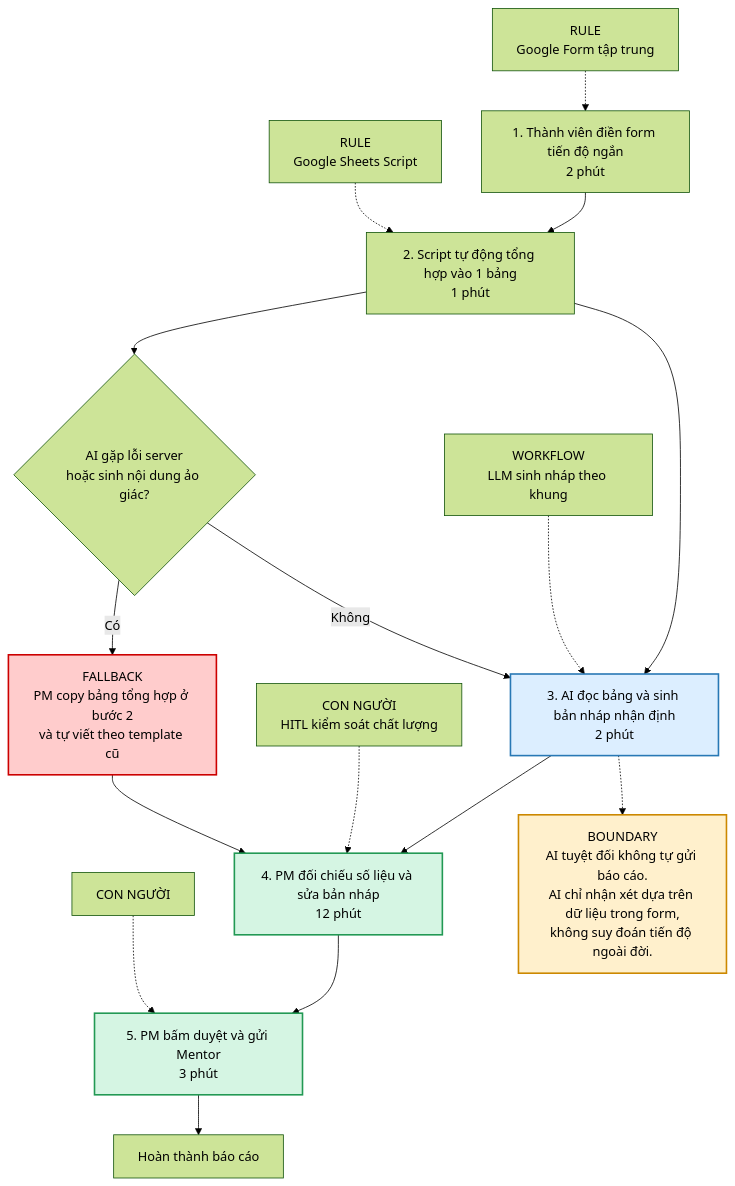
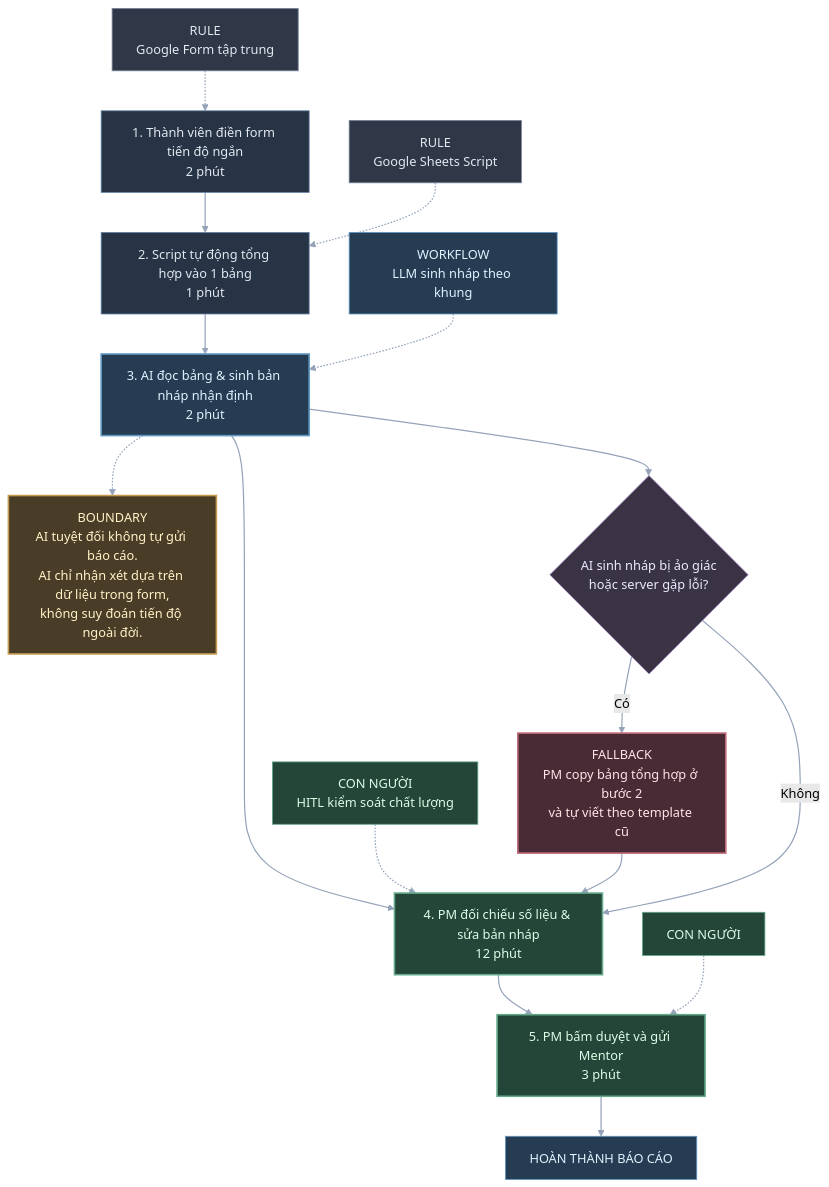
One commit to VinUni-AI20k/K5-L3-Day02-DiscoveryProblemFraming changed the second of 2 diagrams in report/team/group_report.md. Above: the diagram before and after it, drawn with Mermaid (forest theme). The commit also changed other lines of this file, not shown here.

Commit message:
Update group_report.md-mermaid

````diff
--- a/report/team/group_report.md
+++ b/report/team/group_report.md
@@ -173,33 +185,49 @@
 ```mermaid
 flowchart TD
     A["1. Thành viên điền form tiến độ ngắn<br/>2 phút"]
     --> B["2. Script tự động tổng hợp vào 1 bảng<br/>1 phút"]
 
-    B --> C["3. AI đọc bảng và sinh bản nháp nhận định<br/>2 phút"]
+    B --> C["3. AI đọc bảng & sinh bản nháp nhận định<br/>2 phút"]
 
-    C --> D["4. PM đối chiếu số liệu và sửa bản nháp<br/>12 phút"]
+    C --> D["4. PM đối chiếu số liệu & sửa bản nháp<br/>12 phút"]
 
     D --> E["5. PM bấm duyệt và gửi Mentor<br/>3 phút"]
 
-    F["RULE<br/>Google Form tập trung"] -.-> A
-    G["RULE<br/>Google Sheets Script"] -.-> B
-    H["WORKFLOW<br/>LLM sinh nháp theo khung"] -.-> C
-    I["CON NGƯỜI<br/>HITL kiểm soát chất lượng"] -.-> D
-    J["CON NGƯỜI"] -.-> E
-
-    E --> K["Hoàn thành báo cáo"]
+    R1["RULE<br/>Google Form tập trung"] -.-> A
+    R2["RULE<br/>Google Sheets Script"] -.-> B
+    R3["WORKFLOW<br/>LLM sinh nháp theo khung"] -.-> C
+    R4["CON NGƯỜI<br/>HITL kiểm soát chất lượng"] -.-> D
+    R5["CON NGƯỜI"] -.-> E
 
     L["BOUNDARY<br/>AI tuyệt đối không tự gửi báo cáo.<br/>AI chỉ nhận xét dựa trên dữ liệu trong form,<br/>không suy đoán tiến độ ngoài đời."]
+
     C -.-> L
 
-    B --> M{"AI gặp lỗi server<br/>hoặc sinh nội dung ảo giác?"}
+    M{"AI sinh nháp bị ảo giác<br/>hoặc server gặp lỗi?"}
+    C --> M
+
     M -->|Có| N["FALLBACK<br/>PM copy bảng tổng hợp ở bước 2<br/>và tự viết theo template cũ"]
     N --> D
-    M -->|Không| C
 
-    style C fill:#dceeff,stroke:#2878b5,stroke-width:2px
-    style D fill:#d5f5e3,stroke:#229954,stroke-width:2px
-    style E fill:#d5f5e3,stroke:#229954,stroke-width:2px
-    style L fill:#fff0cc,stroke:#cc8800,stroke-width:2px
-    style N fill:#ffcccc,stroke:#cc0000,stroke-width:2px
+    M -->|Không| D
+
+    K["HOÀN THÀNH BÁO CÁO"]
+    E --> K
+
+    style A fill:#263445,stroke:#6685a6,color:#e2e8f0
+    style B fill:#263445,stroke:#6685a6,color:#e2e8f0
+    style C fill:#263c52,stroke:#6098c5,color:#e0f2fe,stroke-width:2px
+    style D fill:#244638,stroke:#63a889,color:#dcfce7,stroke-width:2px
+    style E fill:#244638,stroke:#63a889,color:#dcfce7,stroke-width:2px
+    style R1 fill:#303746,stroke:#78869b,color:#e2e8f0
+    style R2 fill:#303746,stroke:#78869b,color:#e2e8f0
+    style R3 fill:#263c52,stroke:#6098c5,color:#e0f2fe
+    style R4 fill:#244638,stroke:#63a889,color:#dcfce7
+    style R5 fill:#244638,stroke:#63a889,color:#dcfce7
+    style L fill:#493d27,stroke:#c49a50,color:#fef3c7,stroke-width:2px
+    style M fill:#393344,stroke:#a78bca,color:#ede9fe
+    style N fill:#482b35,stroke:#c06b78,color:#ffe4e6,stroke-width:2px
+    style K fill:#263c52,stroke:#6098c5,color:#e0f2fe
+
+    linkStyle default stroke:#94a3b8,stroke-width:1.5px
 ```
````
